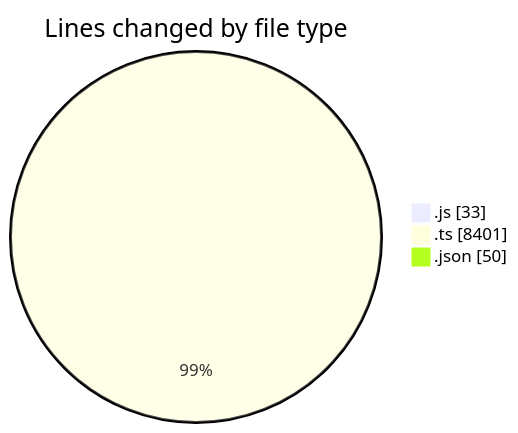
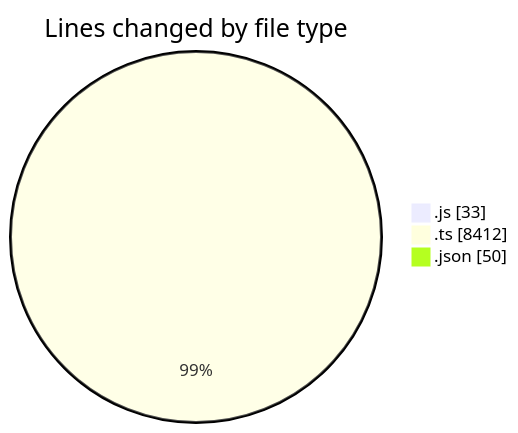
The first of 2 diagrams in 2025-09-08/cda/README.md (momahboobian/code-tracking), drawn with Mermaid before and after one commit. The commit also changed other lines of this file and 1 other file, not shown here.

````diff
--- a/2025-09-08/cda/README.md
+++ b/2025-09-08/cda/README.md
@@ -25,7 +25,7 @@
 ```mermaid
 pie showData
 title Lines changed by file type
 ".js" : 33
-".ts" : 8401
+".ts" : 8412
 ".json" : 50
 ```
````
